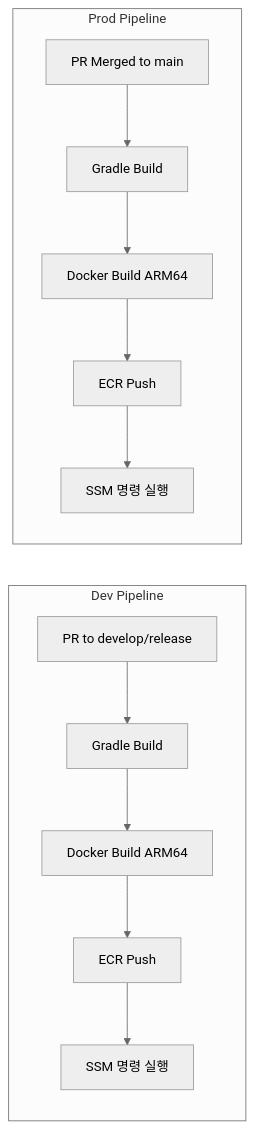
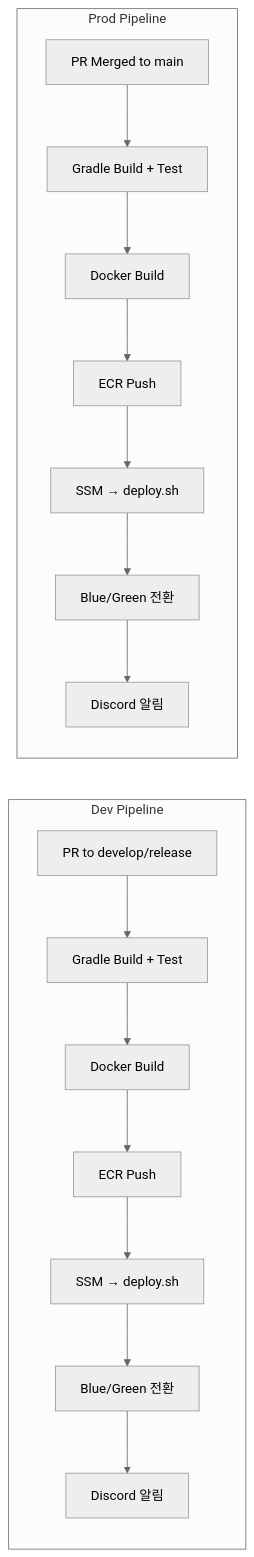
One commit to onetime-with-members/backend changed the seventh of 7 diagrams in docs/ARCHITECTURE.md. Above: the diagram before and after it, drawn with Mermaid (neutral theme). The commit also changed other lines of this file and 1 other file, not shown here.

````diff
--- a/docs/ARCHITECTURE.md
+++ b/docs/ARCHITECTURE.md
@@ -452,16 +476,20 @@
 ```mermaid
 flowchart LR
     subgraph Dev["Dev Pipeline"]
-        PR[PR to develop/release] --> Build1[Gradle Build]
-        Build1 --> Docker1[Docker Build ARM64]
+        PR[PR to develop/release] --> Build1[Gradle Build + Test]
+        Build1 --> Docker1[Docker Build]
         Docker1 --> ECR1[ECR Push]
-        ECR1 --> SSM1[SSM 명령 실행]
+        ECR1 --> SSM1[SSM → deploy.sh]
+        SSM1 --> BG1[Blue/Green 전환]
+        BG1 --> Discord1[Discord 알림]
     end
 
     subgraph Prod["Prod Pipeline"]
-        Merge[PR Merged to main] --> Build2[Gradle Build]
-        Build2 --> Docker2[Docker Build ARM64]
+        Merge[PR Merged to main] --> Build2[Gradle Build + Test]
+        Build2 --> Docker2[Docker Build]
         Docker2 --> ECR2[ECR Push]
-        ECR2 --> SSM2[SSM 명령 실행]
+        ECR2 --> SSM2[SSM → deploy.sh]
+        SSM2 --> BG2[Blue/Green 전환]
+        BG2 --> Discord2[Discord 알림]
     end
 ```
````
